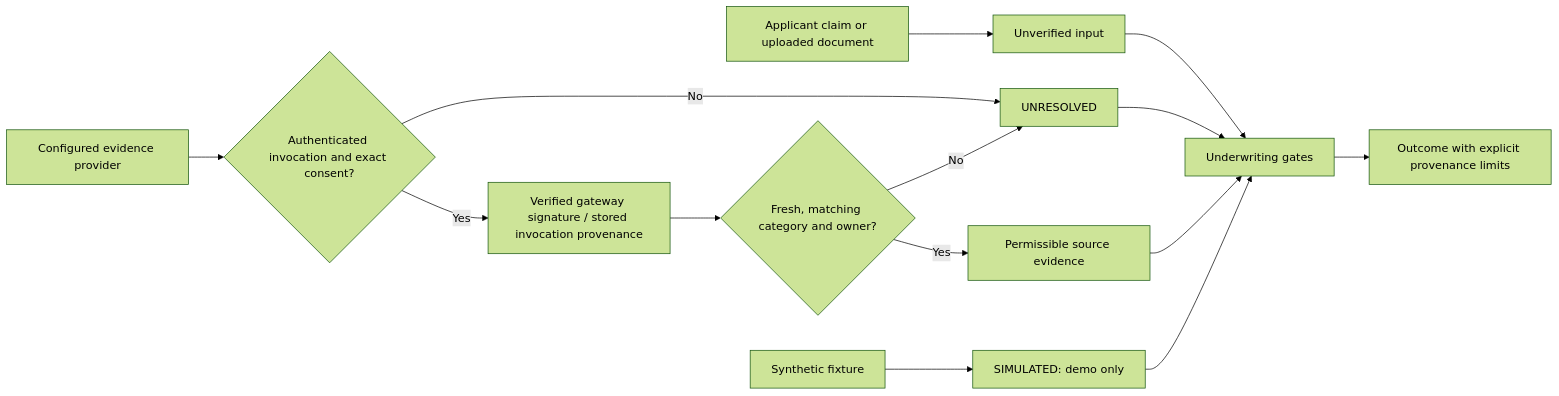
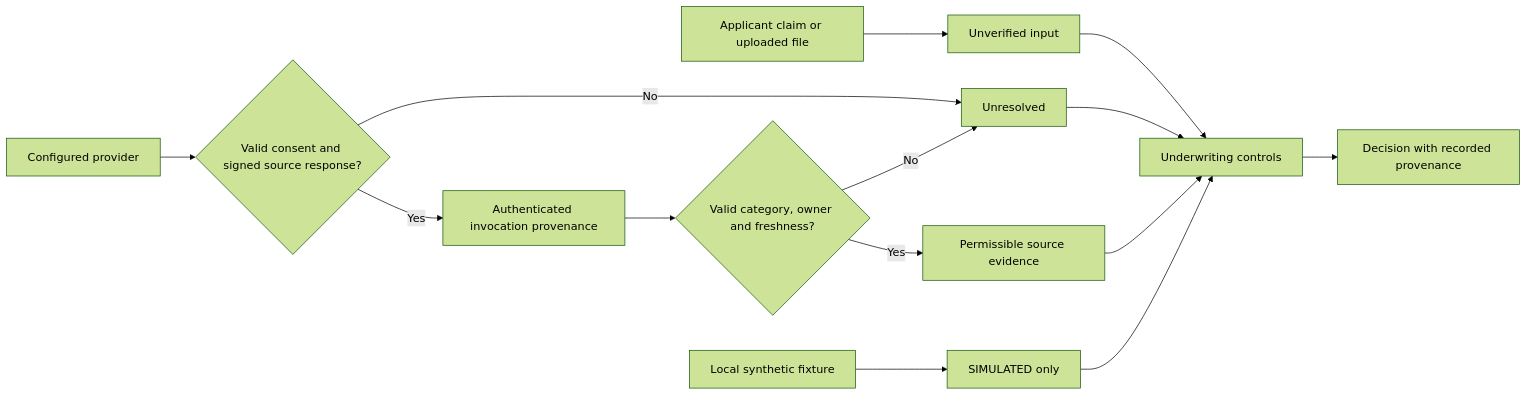
One commit to pushkkal0201-bit/AadharShila changed the fifth of 6 diagrams in README.md. Above: the diagram before and after it, drawn with Mermaid (forest theme). The commit also changed other lines of this file, not shown here.

Commit message:
docs: repair Mermaid workflows and improve visual hackathon README navigation

````diff
--- a/README.md
+++ b/README.md
@@ -341,16 +424,16 @@
 ```mermaid
 flowchart LR
-    CLAIM[Applicant claim or uploaded document] --> UNVERIFIED[Unverified input]
-    PROVIDER[Configured evidence provider] --> CONTRACT{Authenticated invocation and exact consent?}
-    CONTRACT -->|No| UNRESOLVED[UNRESOLVED]
-    CONTRACT -->|Yes| SIGNED[Verified gateway signature / stored invocation provenance]
-    SIGNED --> FRESH{Fresh, matching category and owner?}
+    CLAIM["Applicant claim or uploaded file"] --> UNVERIFIED["Unverified input"]
+    PROVIDER["Configured provider"] --> CONTRACT{"Valid consent and signed source response?"}
+    CONTRACT -->|No| UNRESOLVED["Unresolved"]
+    CONTRACT -->|Yes| SIGNED["Authenticated invocation provenance"]
+    SIGNED --> FRESH{"Valid category, owner and freshness?"}
     FRESH -->|No| UNRESOLVED
-    FRESH -->|Yes| EVIDENCE[Permissible source evidence]
-    FIXTURE[Synthetic fixture] --> DEMO[SIMULATED: demo only]
-    UNVERIFIED --> GATE[Underwriting gates]
-    UNRESOLVED --> GATE
-    EVIDENCE --> GATE
-    DEMO --> GATE
-    GATE --> RESULT[Outcome with explicit provenance limits]
+    FRESH -->|Yes| EVIDENCE["Permissible source evidence"]
+    FIXTURE["Local synthetic fixture"] --> DEMO["SIMULATED only"]
+    UNVERIFIED --> GATES["Underwriting controls"]
+    UNRESOLVED --> GATES
+    EVIDENCE --> GATES
+    DEMO --> GATES
+    GATES --> RESULT["Decision with recorded provenance"]
 ```
````
